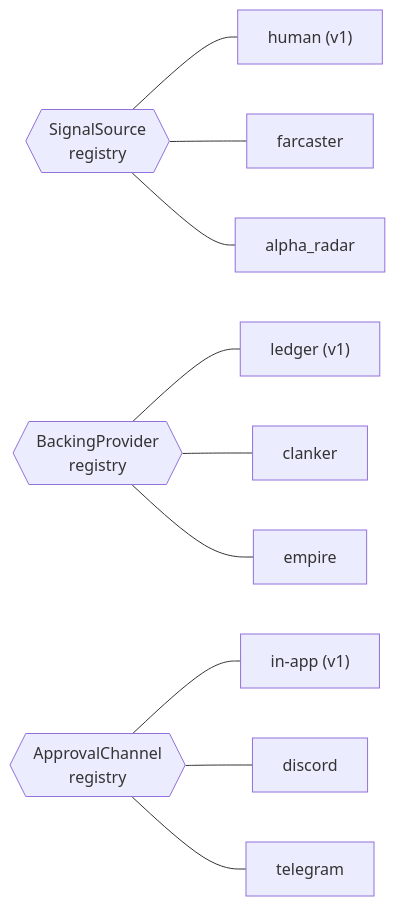
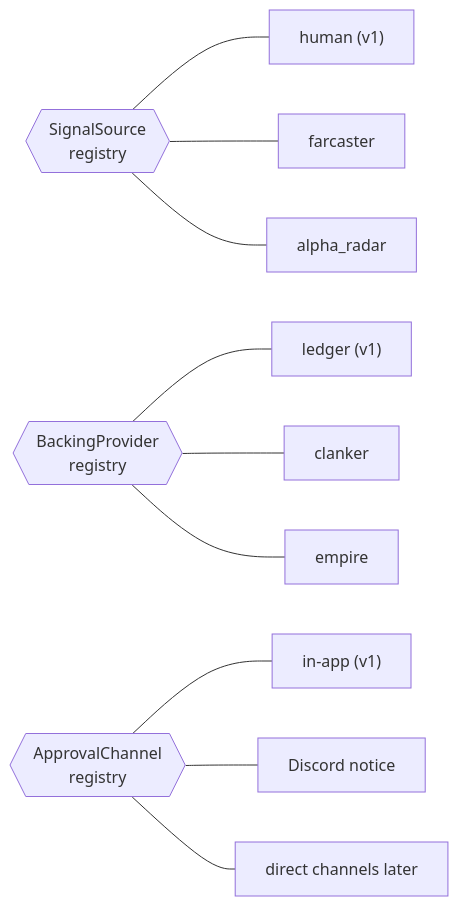
Before and after one commit to bettercallzaal/sparkz: the sixth of 6 diagrams in README.md, drawn with Mermaid. The commit also changed other lines of this file, not shown here.

````diff
--- a/README.md
+++ b/README.md
@@ -279,6 +327,6 @@
 ```mermaid
 flowchart LR
   R1{{"SignalSource<br/>registry"}} --- H["human (v1)"] & FCa["farcaster"] & AR["alpha_radar"]
   R2{{"BackingProvider<br/>registry"}} --- L["ledger (v1)"] & CL["clanker"] & EMp["empire"]
-  R3{{"ApprovalChannel<br/>registry"}} --- IA["in-app (v1)"] & DI["discord"] & TG["telegram"]
+  R3{{"ApprovalChannel<br/>registry"}} --- IA["in-app (v1)"] & DI["Discord notice"] & TG["direct channels later"]
 ```
````
